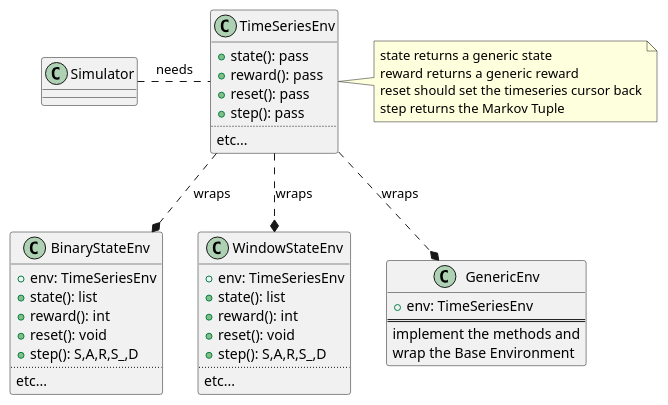
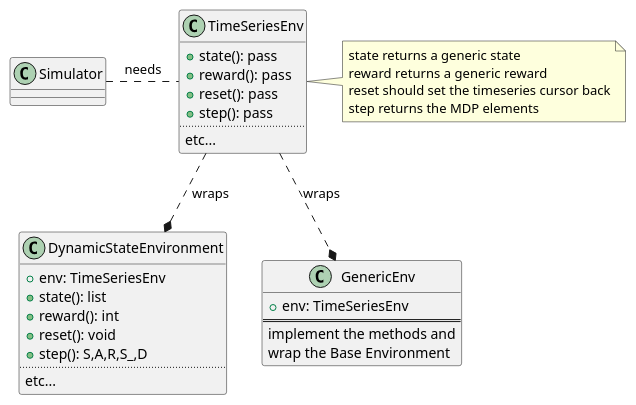
Before and after one commit to jorekai/DQN-Timeseries-Anomaly-Detection: the diagram in uml/environment.puml, drawn with PlantUML. The commit also changed 24 other files, not shown here.

```diff
--- a/uml/environment.puml
+++ b/uml/environment.puml
@@ -1,49 +1,38 @@
 @startuml
 
 class Simulator
 
 class TimeSeriesEnv{
 + state(): pass
 + reward(): pass
 + reset(): pass
 + step(): pass
 ..
 etc...
 }
 
-class BinaryStateEnv{
-+ env: TimeSeriesEnv
-+ state(): list
-+ reward(): int
-+ reset(): void
-+ step(): S,A,R,S_,D
-..
-etc...
-}
-
-class WindowStateEnv{
+class DynamicStateEnvironment{
 + env: TimeSeriesEnv
 + state(): list
 + reward(): int
 + reset(): void
 + step(): S,A,R,S_,D
 ..
 etc...
 }
 
 class GenericEnv{
 + env: TimeSeriesEnv
 ==
 implement the methods and\nwrap the Base Environment
 }
 
 Simulator . TimeSeriesEnv :needs
-BinaryStateEnv *.up. TimeSeriesEnv :wraps
-WindowStateEnv *.up. TimeSeriesEnv :wraps
+DynamicStateEnvironment *.up. TimeSeriesEnv :wraps
 GenericEnv *.up. TimeSeriesEnv :wraps
 
 
-note "state returns a generic state \nreward returns a generic reward\nreset should set the timeseries cursor back\nstep returns the Markov Tuple" as N1
+note "state returns a generic state\nreward returns a generic reward\nreset should set the timeseries cursor back\nstep returns the MDP elements" as N1
 TimeSeriesEnv .right. N1
 
 @enduml
```
